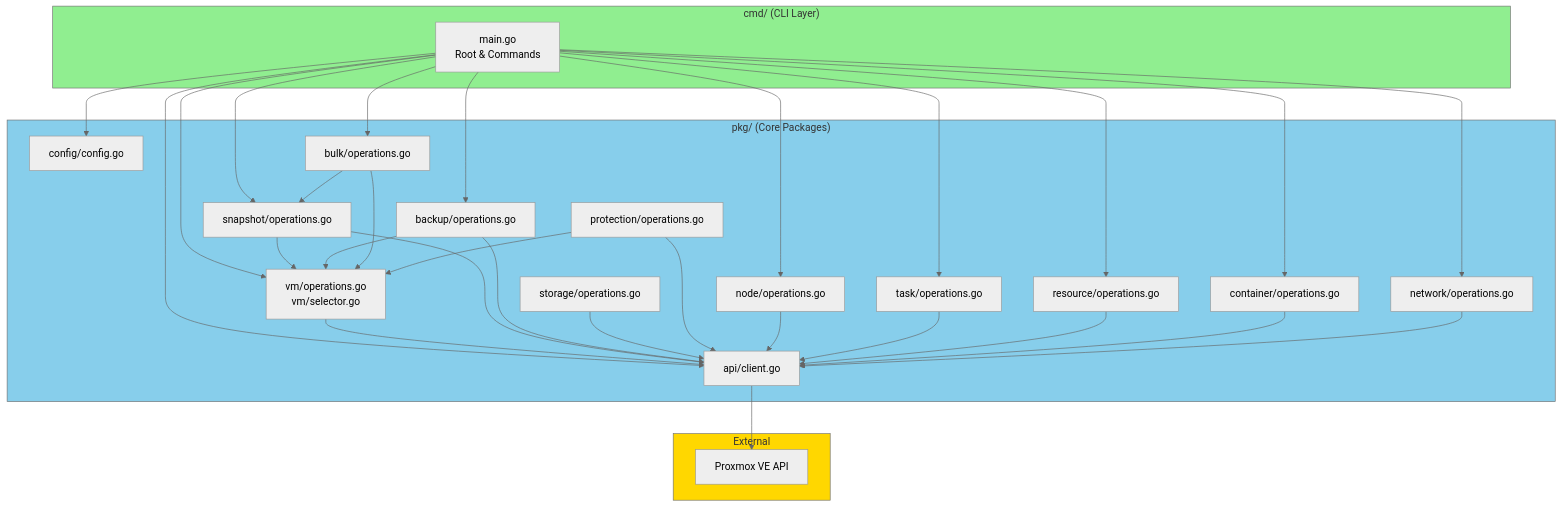
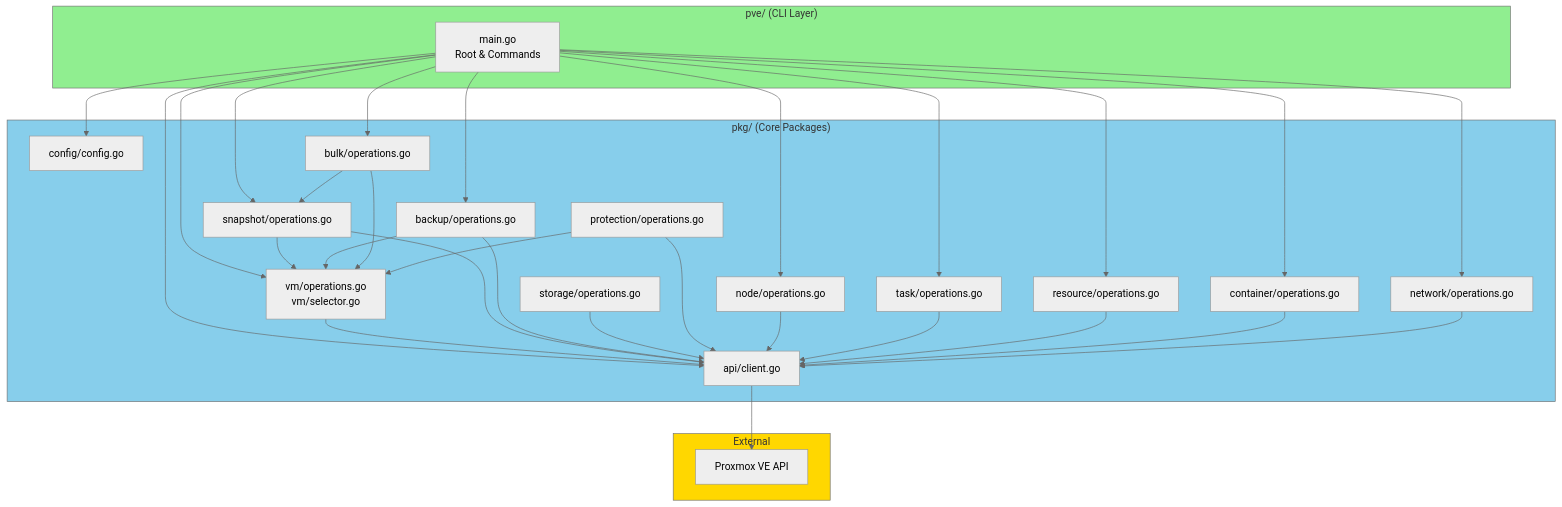
Before and after one commit to yg-codes/proxmox: diagram 16 of 21 in FUNCTIONAL_SPECIFICATION.md, drawn with Mermaid (neutral theme). The commit also changed other lines of this file and 15 other files, not shown here.

First line of the commit message:
refactor: rename cmd/ to pve/ so go install produces a binary named pve (#2)

````diff
--- a/FUNCTIONAL_SPECIFICATION.md
+++ b/FUNCTIONAL_SPECIFICATION.md
@@ -741,62 +741,62 @@
 ```mermaid
 graph TB
-    subgraph CMD["cmd/ (CLI Layer)"]
+    subgraph CMD["pve/ (CLI Layer)"]
         MAIN[main.go<br/>Root & Commands]
     end
 
     subgraph PKG["pkg/ (Core Packages)"]
         API[api/client.go]
         CONFIG[config/config.go]
 
         VM[vm/operations.go<br/>vm/selector.go]
         SNAP[snapshot/operations.go]
         BACKUP[backup/operations.go]
         BULK[bulk/operations.go]
         STORAGE[storage/operations.go]
         PROTECT[protection/operations.go]
 
         NODE[node/operations.go]
         TASK[task/operations.go]
         RESOURCE[resource/operations.go]
         CT[container/operations.go]
         NET[network/operations.go]
     end
 
     subgraph EXT["External"]
         PROXMOX[Proxmox VE API]
     end
 
     MAIN --> API
     MAIN --> CONFIG
     MAIN --> VM
     MAIN --> SNAP
     MAIN --> BACKUP
     MAIN --> BULK
     MAIN --> NODE
     MAIN --> TASK
     MAIN --> RESOURCE
     MAIN --> CT
     MAIN --> NET
 
     API --> PROXMOX
 
     VM --> API
     SNAP --> API
     SNAP --> VM
     BACKUP --> API
     BACKUP --> VM
     BULK --> VM
     BULK --> SNAP
     STORAGE --> API
     PROTECT --> API
     PROTECT --> VM
     NODE --> API
     TASK --> API
     RESOURCE --> API
     CT --> API
     NET --> API
 
     style CMD fill:#90EE90
     style PKG fill:#87CEEB
     style EXT fill:#FFD700
 ```
````
